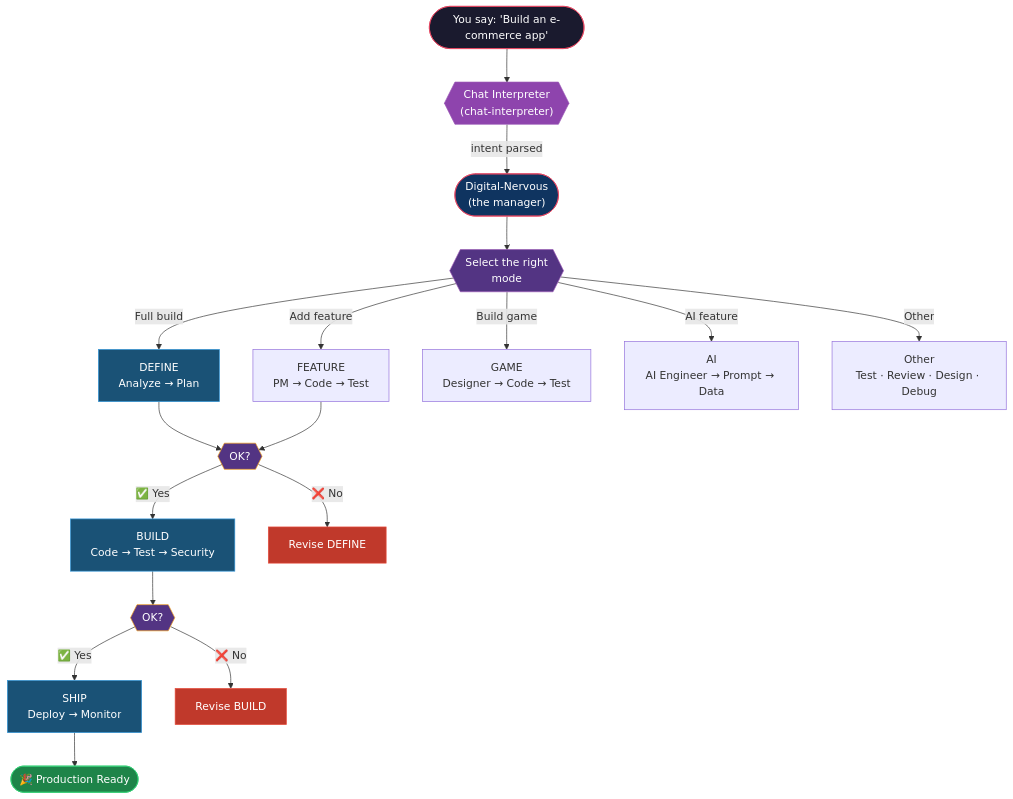
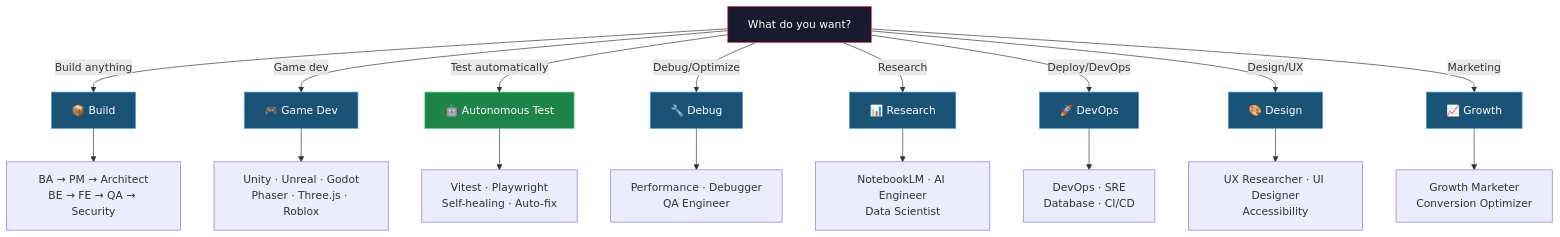
The third of 4 diagrams in README.md (Exia-thd/Digital-Nervous), drawn with Mermaid before and after one commit. The commit also changed other lines of this file and 975 other files, not shown here.

Commit message:
feat: sync updates from forgewright and rebrand to Digital-Nervous (v8.3.0)

````diff
--- a/README.md
+++ b/README.md
@@ -983,39 +294,32 @@
 ```mermaid
 flowchart TD
-    START(["You say: 'Build an e-commerce app'"])
-    CHAT_INT{{"Chat Interpreter<br/>(chat-interpreter)"}}
-    ORCH(["Digital-Nervous<br/>(the manager)"])
+    USER["What do you want?"]
 
-    START --> CHAT_INT
-    CHAT_INT --> |"intent parsed"| ORCH
+    USER -->|"Build anything"| BUILD["📦 Build"]
+    USER -->|"Game dev"| GAME["🎮 Game Dev"]
+    USER -->|"Test automatically"| TEST["🤖 Autonomous Test"]
+    USER -->|"Debug/Optimize"| DEBUG["🔧 Debug"]
+    USER -->|"Research"| RESEARCH["📊 Research"]
+    USER -->|"Deploy/DevOps"| DEVOPS["🚀 DevOps"]
+    USER -->|"Design/UX"| DESIGN["🎨 Design"]
+    USER -->|"Marketing"| GROW["📈 Growth"]
 
-    ORCH --> MODE{{"Select the right<br/>mode"}}
+    BUILD --> BUILD_SKILLS["BA → PM → Architect<br/>BE → FE → QA → Security"]
+    GAME --> GAME_SKILLS["Unity · Unreal · Godot<br/>Phaser · Three.js · Roblox"]
+    TEST --> TEST_SKILLS["Vitest · Playwright<br/>Self-healing · Auto-fix"]
+    DEBUG --> DEBUG_SKILLS["Performance · Debugger<br/>QA Engineer"]
+    RESEARCH --> RESEARCH_SKILLS["NotebookLM · AI Engineer<br/>Data Scientist"]
+    DEVOPS --> DEVOPS_SKILLS["DevOps · SRE<br/>Database · CI/CD"]
+    DESIGN --> DESIGN_SKILLS["UX Researcher · UI Designer<br/>Accessibility"]
+    GROW --> GROW_SKILLS["Growth Marketer<br/>Conversion Optimizer"]
 
-    MODE --> |"Full build"| DEFINE["DEFINE<br/>Analyze → Plan"]
-    MODE --> |"Add feature"| FEATURE["FEATURE<br/>PM → Code → Test"]
-    MODE --> |"Build game"| GAME["GAME<br/>Designer → Code → Test"]
-    MODE --> |"AI feature"| AI["AI<br/>AI Engineer → Prompt → Data"]
-    MODE --> |"Other"| OTHER["Other<br/>Test · Review · Design · Debug"]
-
-    DEFINE --> GATE1{{"OK?"}}
-    FEATURE --> GATE1
-    GATE1 --> |"✅ Yes"| BUILD["BUILD<br/>Code → Test → Security"]
-    GATE1 --> |"❌ No"| REV1["Revise DEFINE"]
-    BUILD --> GATE2{{"OK?"}}
-    GATE2 --> |"✅ Yes"| SHIP["SHIP<br/>Deploy → Monitor"]
-    GATE2 --> |"❌ No"| REV2["Revise BUILD"]
-    SHIP --> END(["🎉 Production Ready"])
-
-    style START fill:#1a1a2e,stroke:#e94560,color:#fff
-    style CHAT_INT fill:#8e44ad,stroke:#9b59b6,color:#fff
-    style ORCH fill:#0f3460,stroke:#e94560,color:#fff
-    style MODE fill:#533483,stroke:#9b59b6,color:#fff
-    style GATE1 fill:#533483,stroke:#f39c12,color:#fff
-    style GATE2 fill:#533483,stroke:#f39c12,color:#fff
-    style END fill:#1e8449,stroke:#2ecc71,color:#fff
-    style REV1 fill:#c0392b,stroke:#e74c3c,color:#fff
-    style REV2 fill:#c0392b,stroke:#e74c3c,color:#fff
-    style DEFINE fill:#1a5276,stroke:#3498db,color:#fff
+    style USER fill:#1a1a2e,stroke:#e94560,color:#fff
     style BUILD fill:#1a5276,stroke:#3498db,color:#fff
-    style SHIP fill:#1a5276,stroke:#3498db,color:#fff
+    style GAME fill:#1a5276,stroke:#3498db,color:#fff
+    style TEST fill:#1e8449,stroke:#2ecc71,color:#fff
+    style DEBUG fill:#1a5276,stroke:#3498db,color:#fff
+    style RESEARCH fill:#1a5276,stroke:#3498db,color:#fff
+    style DEVOPS fill:#1a5276,stroke:#3498db,color:#fff
+    style DESIGN fill:#1a5276,stroke:#3498db,color:#fff
+    style GROW fill:#1a5276,stroke:#3498db,color:#fff
 ```
````
